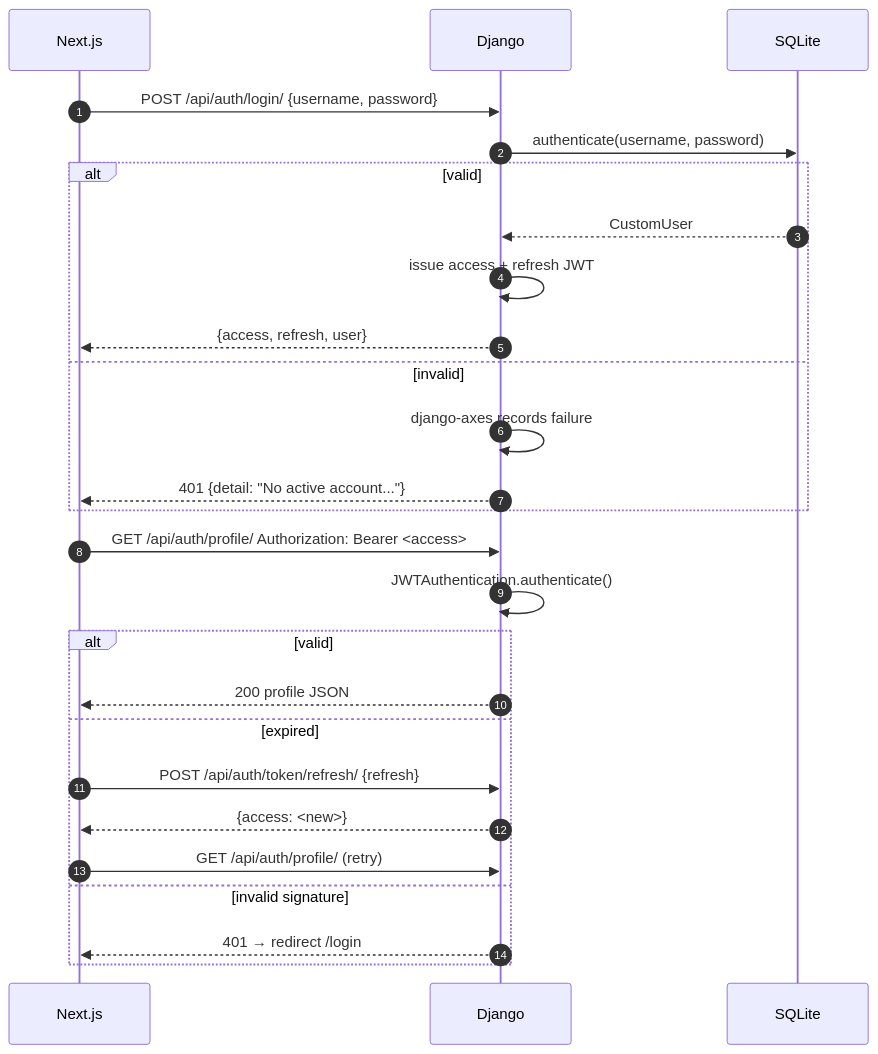
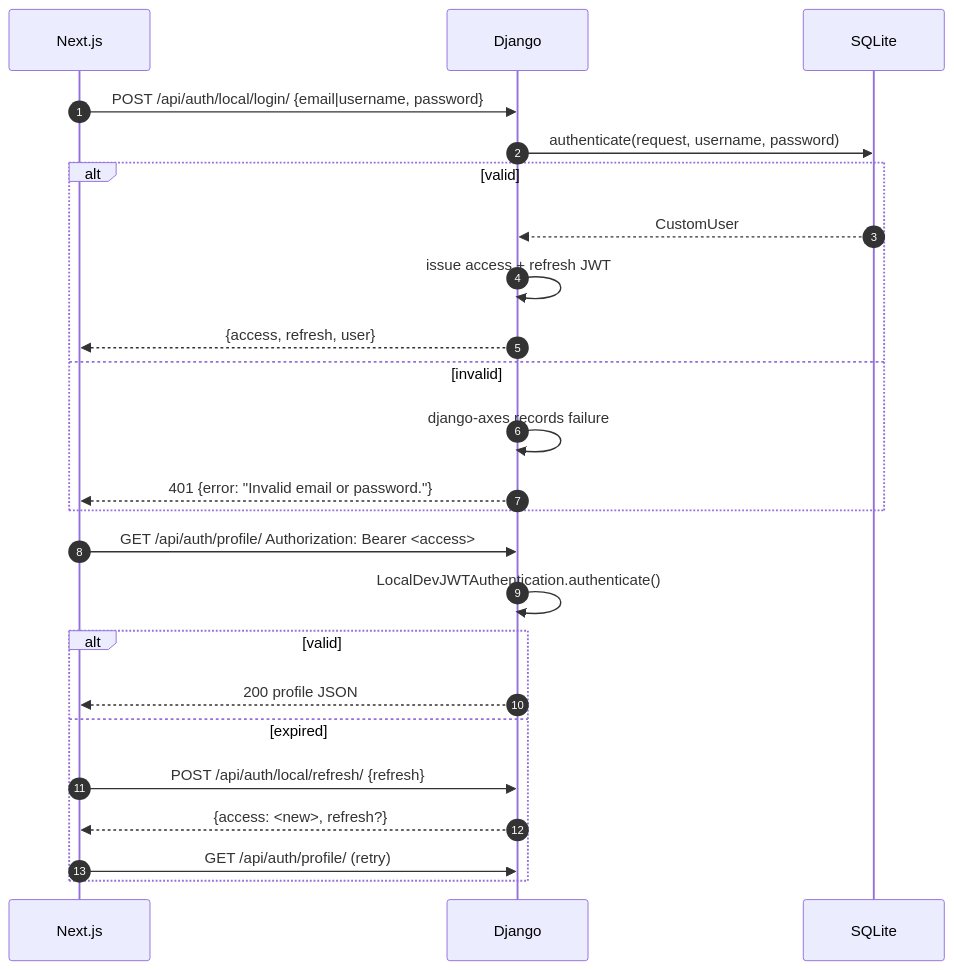
Before and after one commit to Divyanshu1Dubey/Crack_Me_AI: the second of 6 diagrams in docs/AUTHENTICATION.md, drawn with Mermaid. The commit also changed other lines of this file and 26 other files, not shown here.

````diff
--- a/docs/AUTHENTICATION.md
+++ b/docs/AUTHENTICATION.md
@@ -47,30 +48,28 @@
 ```mermaid
 sequenceDiagram
     autonumber
     participant FE as Next.js
     participant API as Django
     participant DB as SQLite
 
-    FE->>API: POST /api/auth/login/ {username, password}
-    API->>DB: authenticate(username, password)
+    FE->>API: POST /api/auth/local/login/ {email|username, password}
+    API->>DB: authenticate(request, username, password)
     alt valid
         DB-->>API: CustomUser
         API->>API: issue access + refresh JWT
         API-->>FE: {access, refresh, user}
     else invalid
         API->>API: django-axes records failure
-        API-->>FE: 401 {detail: "No active account..."}
+        API-->>FE: 401 {error: "Invalid email or password."}
     end
 
     FE->>API: GET /api/auth/profile/ Authorization: Bearer <access>
-    API->>API: JWTAuthentication.authenticate()
+    API->>API: LocalDevJWTAuthentication.authenticate()
     alt valid
         API-->>FE: 200 profile JSON
     else expired
-        FE->>API: POST /api/auth/token/refresh/ {refresh}
-        API-->>FE: {access: <new>}
+        FE->>API: POST /api/auth/local/refresh/ {refresh}
+        API-->>FE: {access: <new>, refresh?}
         FE->>API: GET /api/auth/profile/ (retry)
-    else invalid signature
-        API-->>FE: 401 → redirect /login
     end
 ```
````
